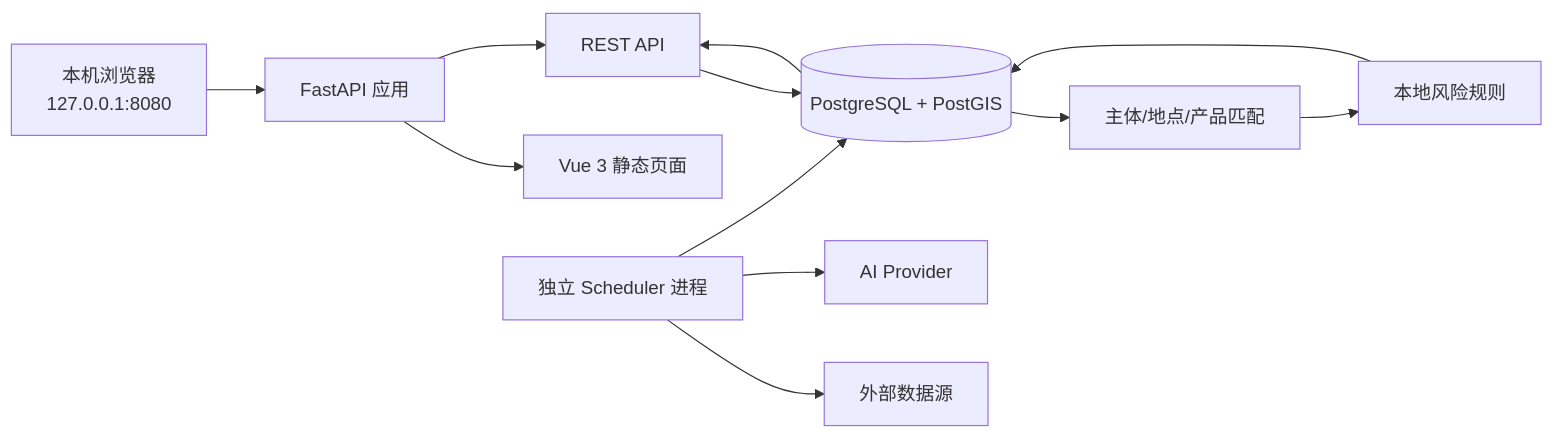
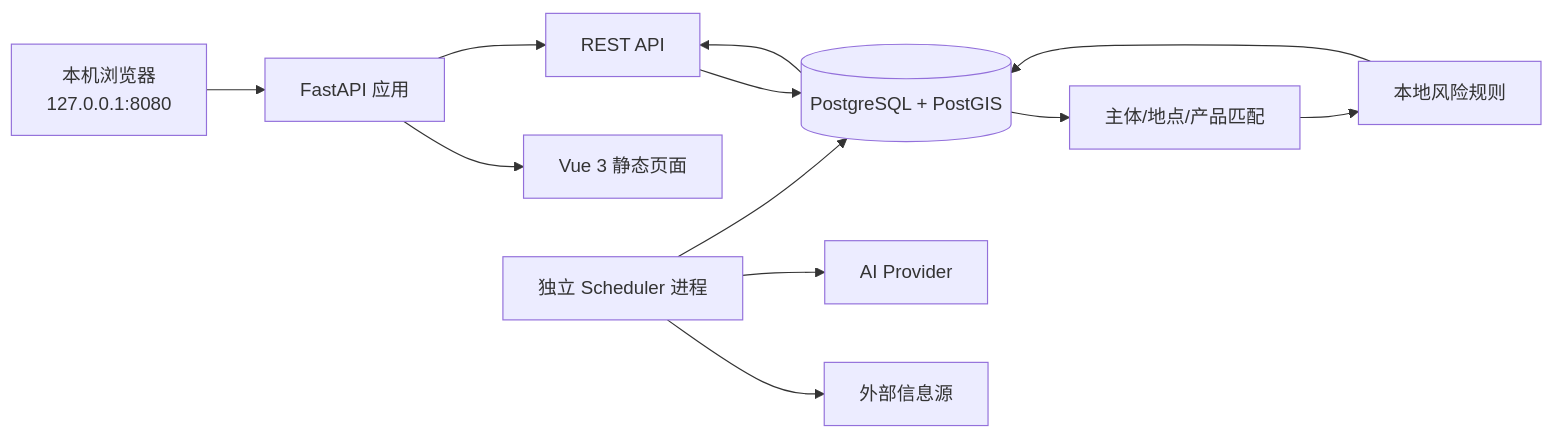
Before and after one commit to JoeMu-CN/SR-Monitoring: the diagram in 技术方案.md, drawn with Mermaid. The commit also changed other lines of this file and 78 other files, not shown here.

````diff
--- a/技术方案.md
+++ b/技术方案.md
@@ -89,15 +89,15 @@
 ```mermaid
 flowchart LR
     B["本机浏览器<br/>127.0.0.1:8080"] --> A["FastAPI 应用"]
     A --> UI["Vue 3 静态页面"]
     A --> API["REST API"]
     API --> DB[("PostgreSQL + PostGIS")]
 
-    S["独立 Scheduler 进程"] --> DS["外部数据源"]
+    S["独立 Scheduler 进程"] --> DS["外部信息源"]
     S --> AI["AI Provider"]
     S --> DB
     DB --> M["主体/地点/产品匹配"]
     M --> R["本地风险规则"]
     R --> DB
     DB --> API
 ```
````
